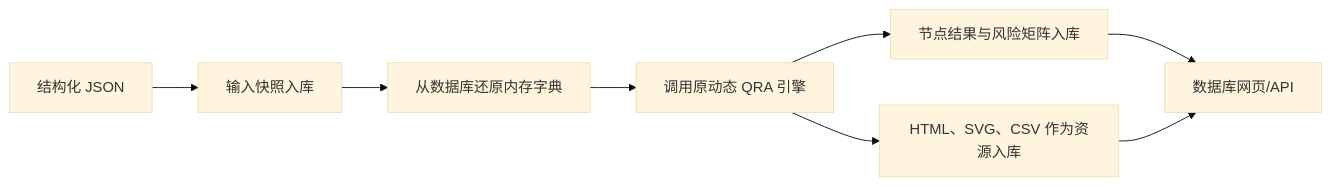
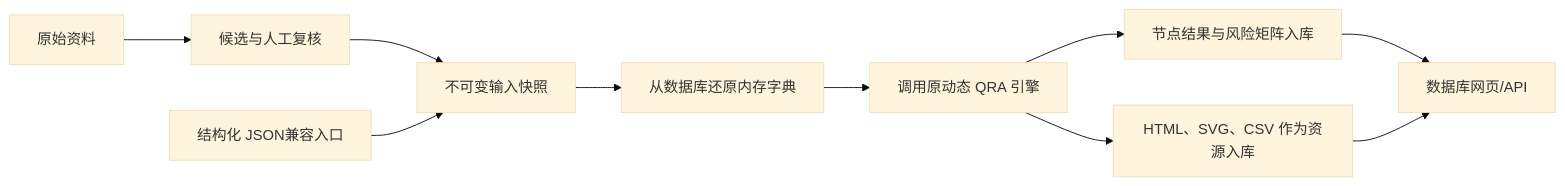
One commit to JayusChi/-quantitative-risk-assessment changed the diagram in qra-platform/docs/guides/database.md. Above: the diagram before and after it, drawn with Mermaid (base theme). The commit also changed other lines of this file and 27 other files, not shown here.

````diff
--- a/qra-platform/docs/guides/database.md
+++ b/qra-platform/docs/guides/database.md
@@ -12,10 +12,12 @@
 ```mermaid
 flowchart LR
-    A[结构化 JSON] --> B[输入快照入库]
+    S[原始资料] --> R[候选与人工复核]
+    R --> B[不可变输入快照]
+    A[结构化 JSON兼容入口] --> B
     B --> C[从数据库还原内存字典]
     C --> D[调用原动态 QRA 引擎]
     D --> E[节点结果与风险矩阵入库]
     D --> F[HTML、SVG、CSV 作为资源入库]
     E --> G[数据库网页/API]
     F --> G
 ```
````
